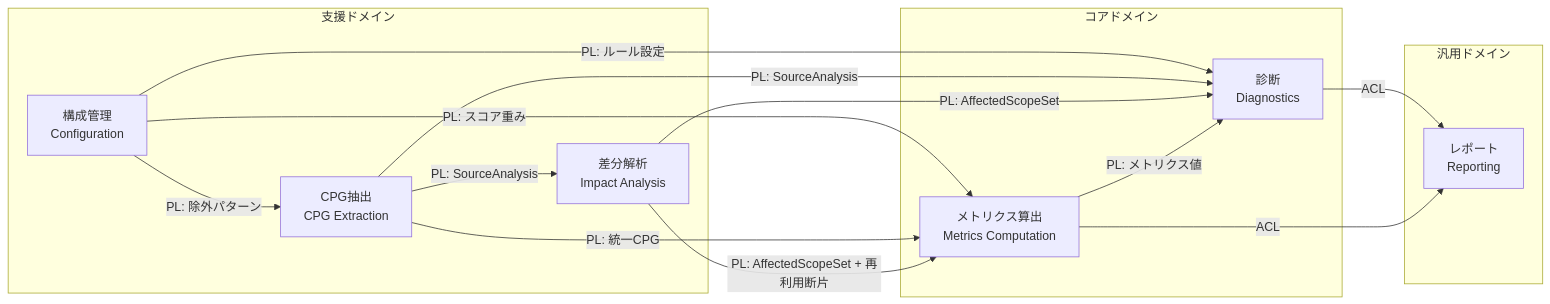
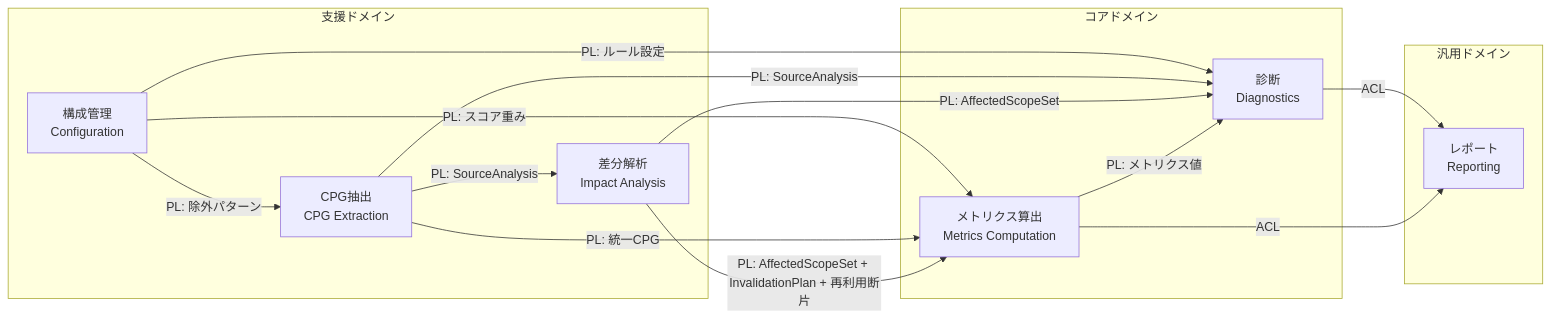
The first of 9 diagrams in docs/domain_model.md (RK0429/kalos), drawn with Mermaid before and after one commit. The commit also changed other lines of this file and 8 other files, not shown here.

````diff
--- a/docs/domain_model.md
+++ b/docs/domain_model.md
@@ -22,27 +22,27 @@
 ```mermaid
 graph LR
     subgraph コアドメイン
         MC["メトリクス算出<br/>Metrics Computation"]
         DC["診断<br/>Diagnostics"]
     end
     subgraph 支援ドメイン
         CE["CPG抽出<br/>CPG Extraction"]
         IA["差分解析<br/>Impact Analysis"]
         CC["構成管理<br/>Configuration"]
     end
     subgraph 汎用ドメイン
         RC["レポート<br/>Reporting"]
     end
 
     CC -- "PL: 除外パターン" --> CE
     CC -- "PL: スコア重み" --> MC
     CC -- "PL: ルール設定" --> DC
     CE -- "PL: 統一CPG" --> MC
     CE -- "PL: SourceAnalysis" --> DC
     CE -- "PL: SourceAnalysis" --> IA
-    IA -- "PL: AffectedScopeSet + 再利用断片" --> MC
+    IA -- "PL: AffectedScopeSet + InvalidationPlan + 再利用断片" --> MC
     IA -- "PL: AffectedScopeSet" --> DC
     MC -- "PL: メトリクス値" --> DC
     DC -- "ACL" --> RC
     MC -- "ACL" --> RC
 ```
````
